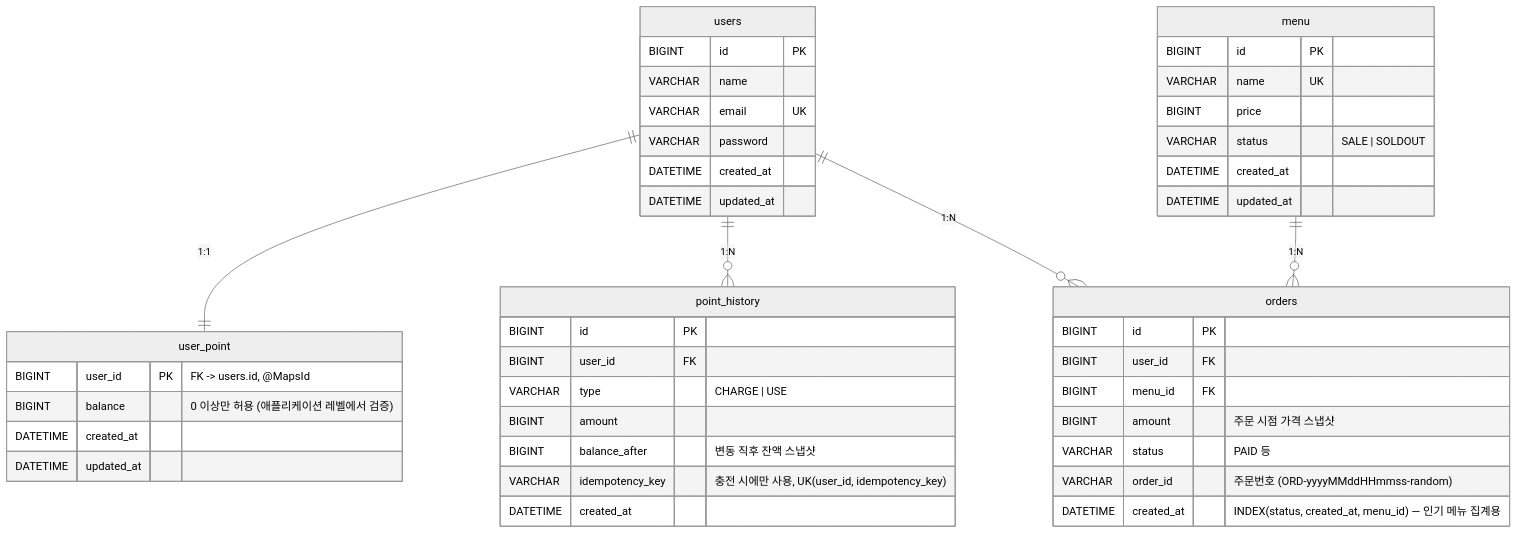
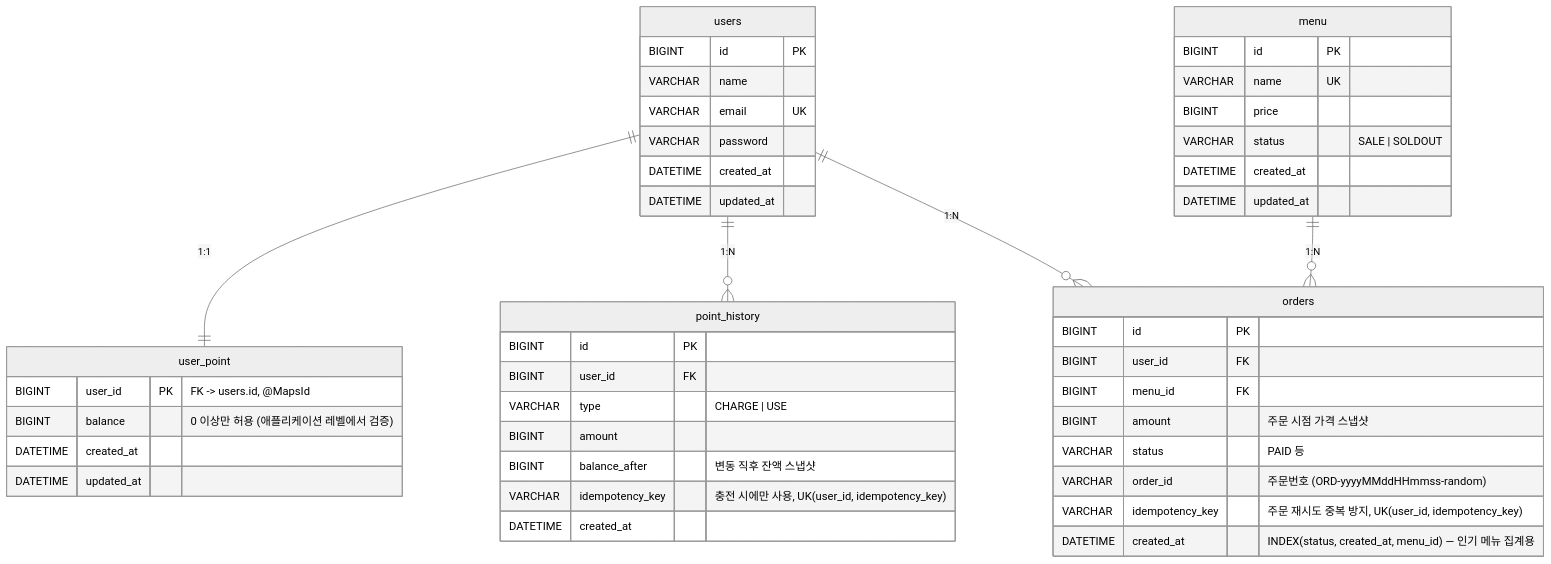
Before and after one commit to prjkmo112/cafe-api: the diagram in README.md, drawn with Mermaid (neutral theme). The commit also changed other lines of this file and 2 other files, not shown here.

````diff
--- a/README.md
+++ b/README.md
@@ -41,48 +41,49 @@
 ```mermaid
 erDiagram
     users ||--|| user_point : "1:1"
     users ||--o{ point_history : "1:N"
     users ||--o{ orders : "1:N"
     menu  ||--o{ orders : "1:N"
 
     users {
         BIGINT id PK
         VARCHAR name
         VARCHAR email UK
         VARCHAR password
         DATETIME created_at
         DATETIME updated_at
     }
     user_point {
         BIGINT user_id PK "FK -> users.id, @MapsId"
         BIGINT balance "0 이상만 허용 (애플리케이션 레벨에서 검증)"
         DATETIME created_at
         DATETIME updated_at
     }
     point_history {
         BIGINT id PK
         BIGINT user_id FK
         VARCHAR type "CHARGE | USE"
         BIGINT amount
         BIGINT balance_after "변동 직후 잔액 스냅샷"
         VARCHAR idempotency_key "충전 시에만 사용, UK(user_id, idempotency_key)"
         DATETIME created_at
     }
     menu {
         BIGINT id PK
         VARCHAR name UK
         BIGINT price
         VARCHAR status "SALE | SOLDOUT"
         DATETIME created_at
         DATETIME updated_at
     }
     orders {
         BIGINT id PK
         BIGINT user_id FK
         BIGINT menu_id FK
         BIGINT amount "주문 시점 가격 스냅샷"
         VARCHAR status "PAID 등"
         VARCHAR order_id "주문번호 (ORD-yyyyMMddHHmmss-random)"
+        VARCHAR idempotency_key "주문 재시도 중복 방지, UK(user_id, idempotency_key)"
         DATETIME created_at "INDEX(status, created_at, menu_id) — 인기 메뉴 집계용"
     }
 ```
````
